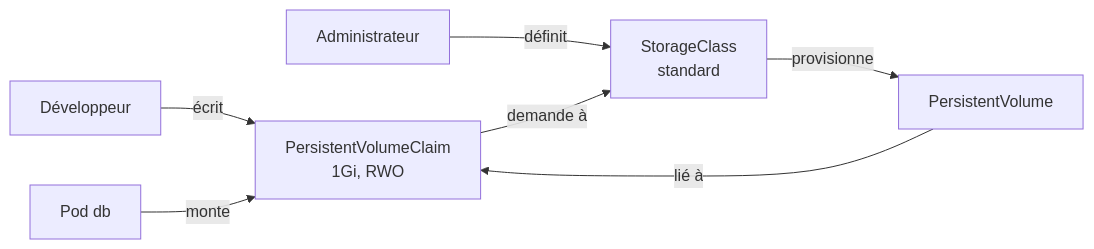
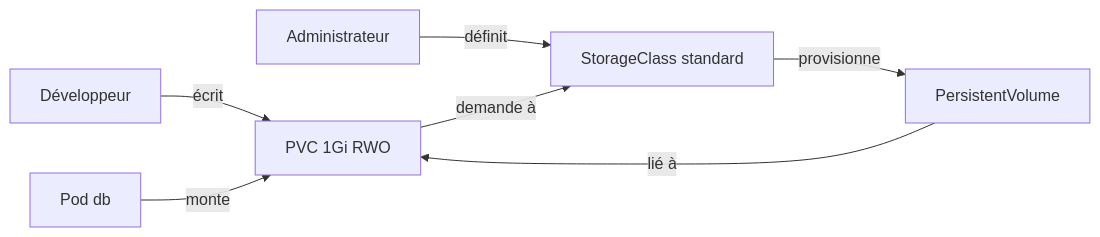
The diagram in docs/De-Compose-a-Kubernetes.md (astronas/Ynov---Containerization-Orchestration), drawn with Mermaid before and after one commit. The commit also changed other lines of this file and 160 other files, not shown here.

First line of the commit message:
Refonte visuelle : charte des rendus de TP, illustrations et captures réelles

````diff
--- a/docs/De-Compose-a-Kubernetes.md
+++ b/docs/De-Compose-a-Kubernetes.md
@@ -403,9 +215,8 @@
 ```mermaid
 flowchart LR
-    Dev["Développeur"] -->|écrit| PVC["PersistentVolumeClaim<br/>1Gi, RWO"]
-    Admin["Administrateur"] -->|définit| SC["StorageClass<br/>standard"]
-    PVC -->|demande à| SC
-    SC -->|provisionne| PV["PersistentVolume"]
+    Dev["Développeur"] -->|écrit| PVC["PVC 1Gi RWO"]
+    Admin["Administrateur"] -->|définit| SC["StorageClass standard"]
+    PVC -->|demande à| SC -->|provisionne| PV["PersistentVolume"]
     PV -->|lié à| PVC
     Pod["Pod db"] -->|monte| PVC
 ```
````
